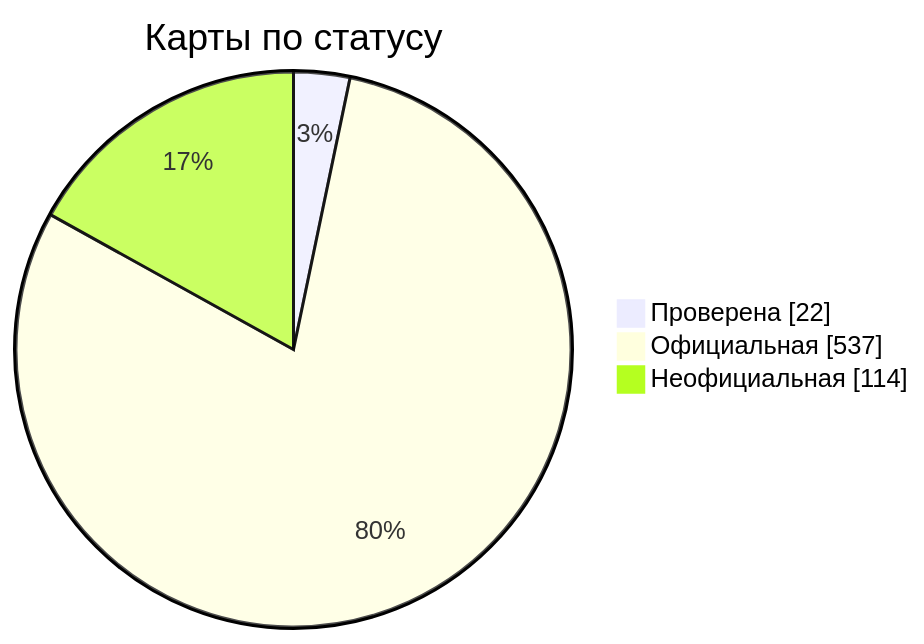
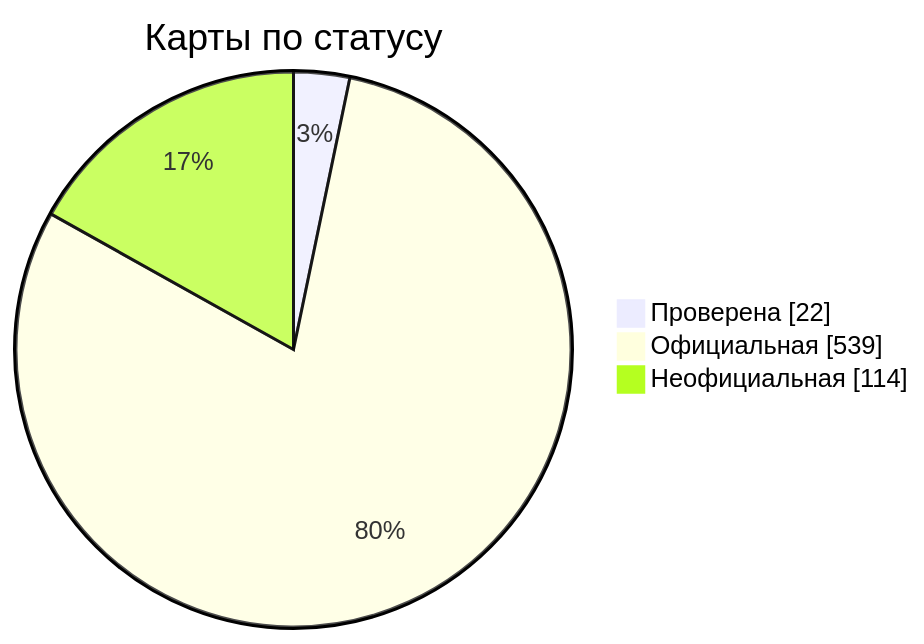
The diagram in docs/readme/README_RU.md (nobrega8/mbmap-library), drawn with Mermaid before and after one commit. The commit also changed 7 other files, not shown here.

````diff
--- a/docs/readme/README_RU.md
+++ b/docs/readme/README_RU.md
@@ -54,7 +54,7 @@
 ```mermaid
 pie showData
     title Карты по статусу
     "Проверена" : 22
-    "Официальная" : 537
+    "Официальная" : 539
     "Неофициальная" : 114
 ```
````
